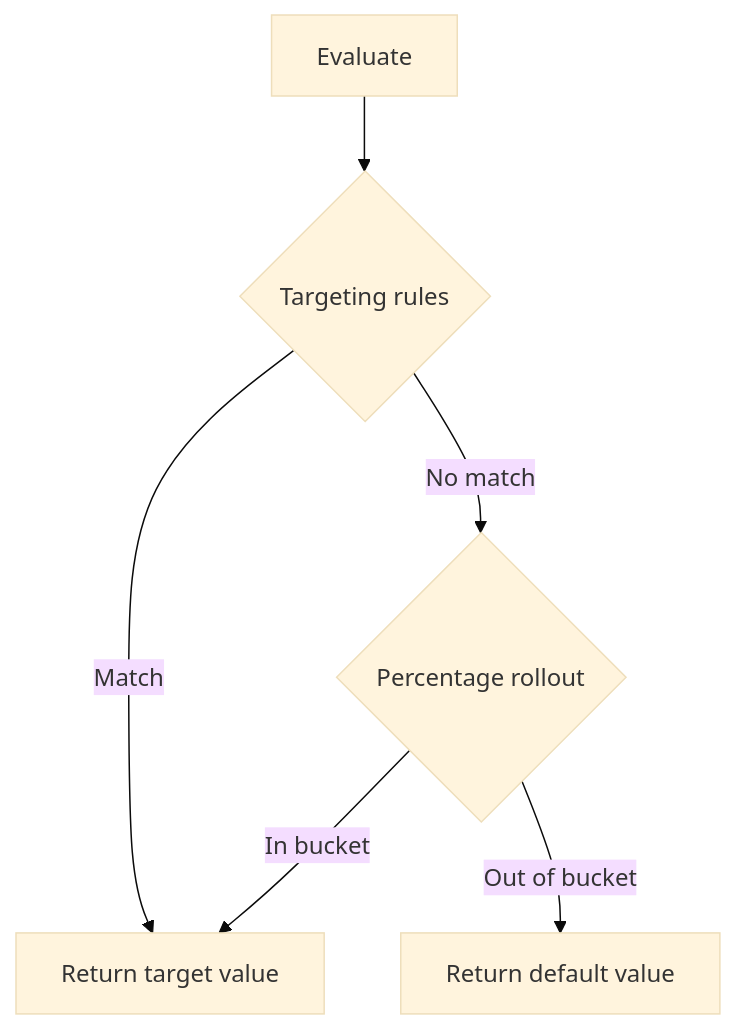
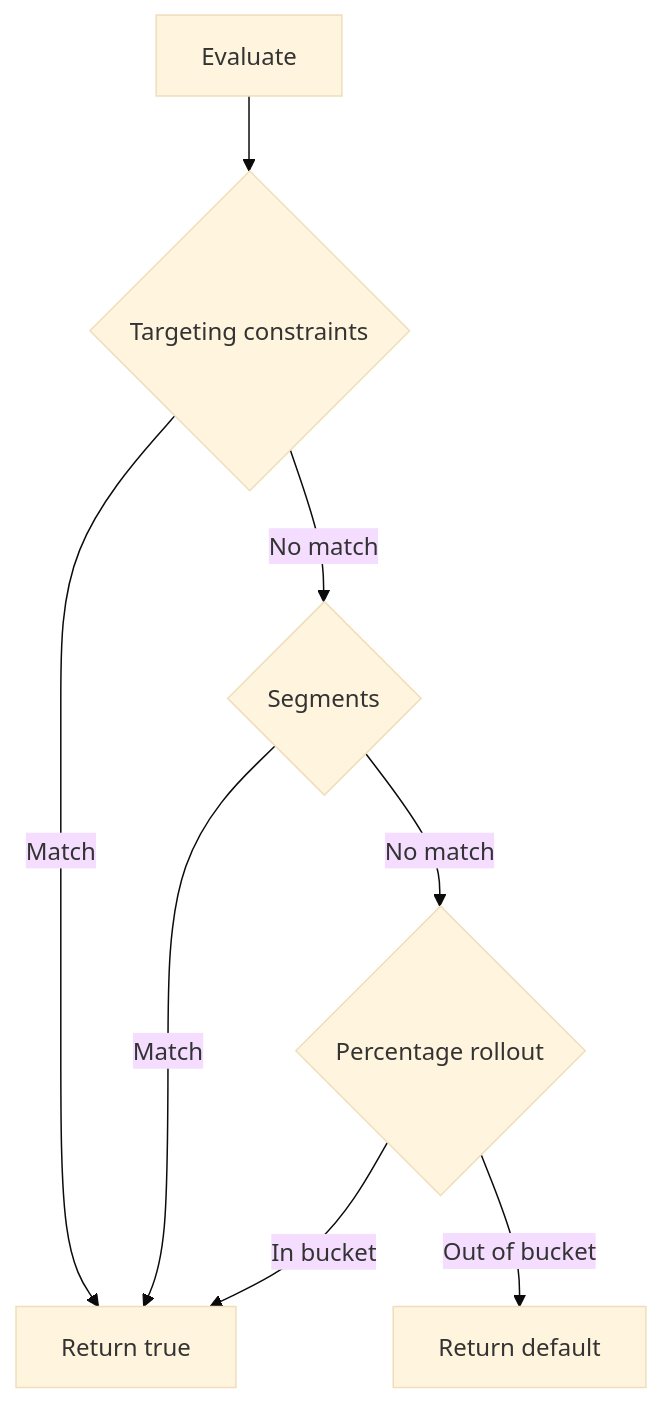
The third of 3 diagrams in docs/en/guide/rollout.md (edgar-dev20/mozhno), drawn with Mermaid (base theme) before and after one commit. The commit also changed other lines of this file and 67 other files, not shown here.

````diff
--- a/docs/en/guide/rollout.md
+++ b/docs/en/guide/rollout.md
@@ -216,8 +98,10 @@
 ```mermaid
 flowchart TD
-    Start[Evaluate] --> Rule1{Targeting rules}
-    Rule1 -->|Match| ReturnTrue[Return target value]
-    Rule1 -->|No match| Rollout{Percentage rollout}
+    Start[Evaluate] --> Constraints{Targeting constraints}
+    Constraints -->|Match| ReturnTrue[Return true]
+    Constraints -->|No match| Segments{Segments}
+    Segments -->|Match| ReturnTrue
+    Segments -->|No match| Rollout{Percentage rollout}
     Rollout -->|In bucket| ReturnTrue
-    Rollout -->|Out of bucket| Default[Return default value]
+    Rollout -->|Out of bucket| Default[Return default]
 ```
````
